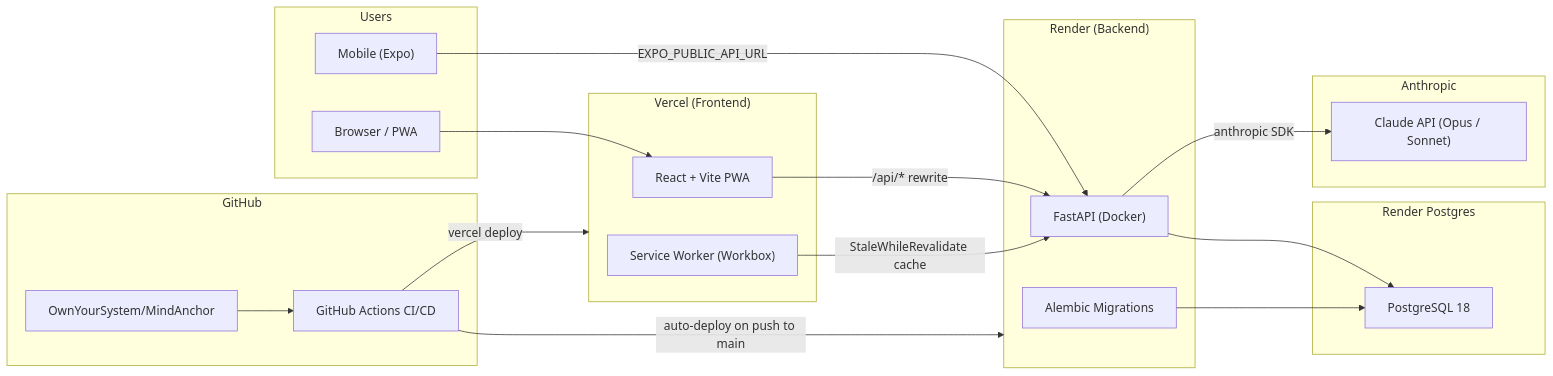
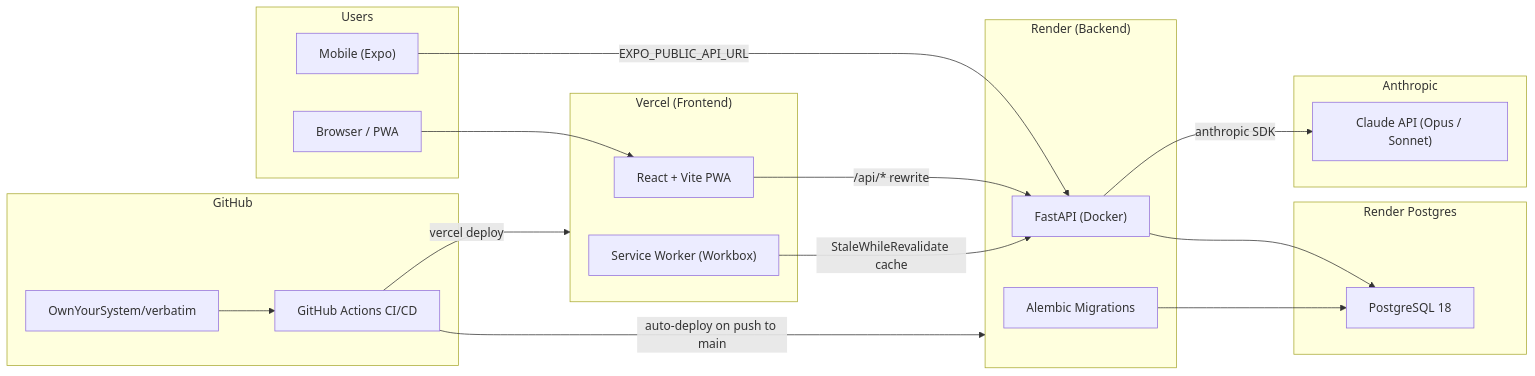
The diagram in docs/ARCHITECTURE_DIAGRAM.md (OwnYourSystem/verbatim), drawn with Mermaid before and after one commit. The commit also changed other lines of this file and 44 other files, not shown here.

First line of the commit message:
Rebrand fork: MindAnchor -> Verbatim (Phase 0 of the commercial-product plan)

````diff
--- a/docs/ARCHITECTURE_DIAGRAM.md
+++ b/docs/ARCHITECTURE_DIAGRAM.md
@@ -3,41 +3,41 @@
 ```mermaid
 flowchart LR
   subgraph Users["Users"]
     A["Browser / PWA"]
     B["Mobile (Expo)"]
   end
 
   subgraph Vercel["Vercel (Frontend)"]
     C["React + Vite PWA"]
     D["Service Worker (Workbox)"]
   end
 
   subgraph Render["Render (Backend)"]
     E["FastAPI (Docker)"]
     F["Alembic Migrations"]
   end
 
   subgraph DB["Render Postgres"]
     G["PostgreSQL 18"]
   end
 
   subgraph AI["Anthropic"]
     H["Claude API (Opus / Sonnet)"]
   end
 
   subgraph GitHub["GitHub"]
-    I["OwnYourSystem/MindAnchor"]
+    I["OwnYourSystem/verbatim"]
     J["GitHub Actions CI/CD"]
   end
 
   A --> C
   B -->|"EXPO_PUBLIC_API_URL"| E
   C -->|"/api/* rewrite"| E
   D -->|"StaleWhileRevalidate cache"| E
   E --> G
   F --> G
   E -->|"anthropic SDK"| H
   I --> J
   J -->|"auto-deploy on push to main"| Render
   J -->|"vercel deploy"| Vercel
 ```
````
